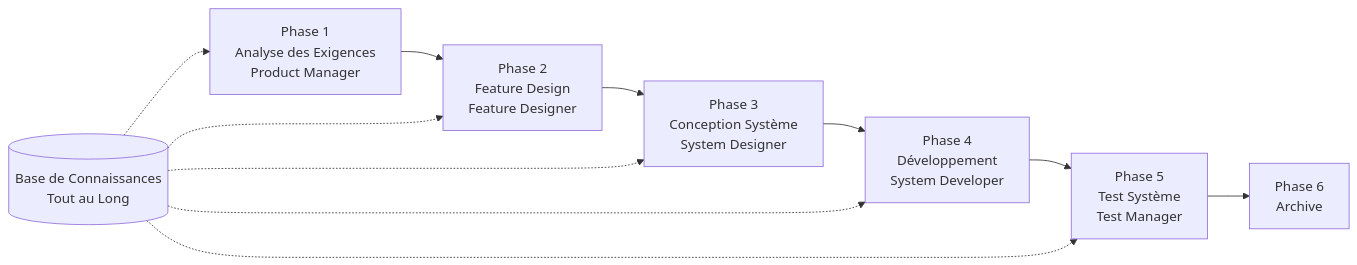
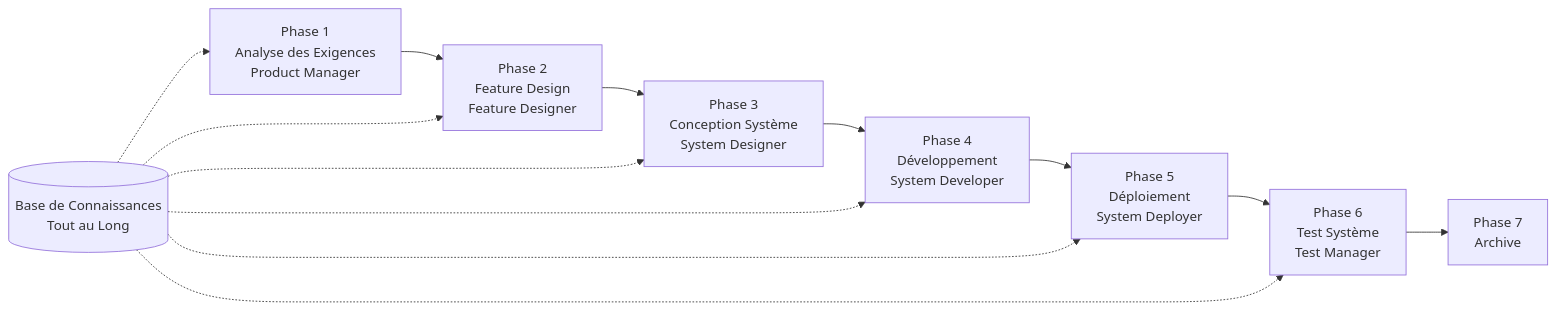
The diagram in docs/GETTING-STARTED.fr.md (charlesmu99/speccrew), drawn with Mermaid before and after one commit. The commit also changed other lines of this file and 35 other files, not shown here.

````diff
--- a/docs/GETTING-STARTED.fr.md
+++ b/docs/GETTING-STARTED.fr.md
@@ -144,14 +144,16 @@
 ```mermaid
 flowchart LR
     PRD[Phase 1<br/>Analyse des Exigences<br/>Product Manager] --> FD[Phase 2<br/>Feature Design<br/>Feature Designer]
     FD --> SD[Phase 3<br/>Conception Système<br/>System Designer]
     SD --> DEV[Phase 4<br/>Développement<br/>System Developer]
-    DEV --> TEST[Phase 5<br/>Test Système<br/>Test Manager]
-    TEST --> ARCHIVE[Phase 6<br/>Archive]
+    DEV --> DEPLOY[Phase 5<br/>Déploiement<br/>System Deployer]
+    DEPLOY --> TEST[Phase 6<br/>Test Système<br/>Test Manager]
+    TEST --> ARCHIVE[Phase 7<br/>Archive]
     
     KB[(Base de Connaissances<br/>Tout au Long)] -.-> PRD
     KB -.-> FD
     KB -.-> SD
     KB -.-> DEV
+    KB -.-> DEPLOY
     KB -.-> TEST
 ```
````
